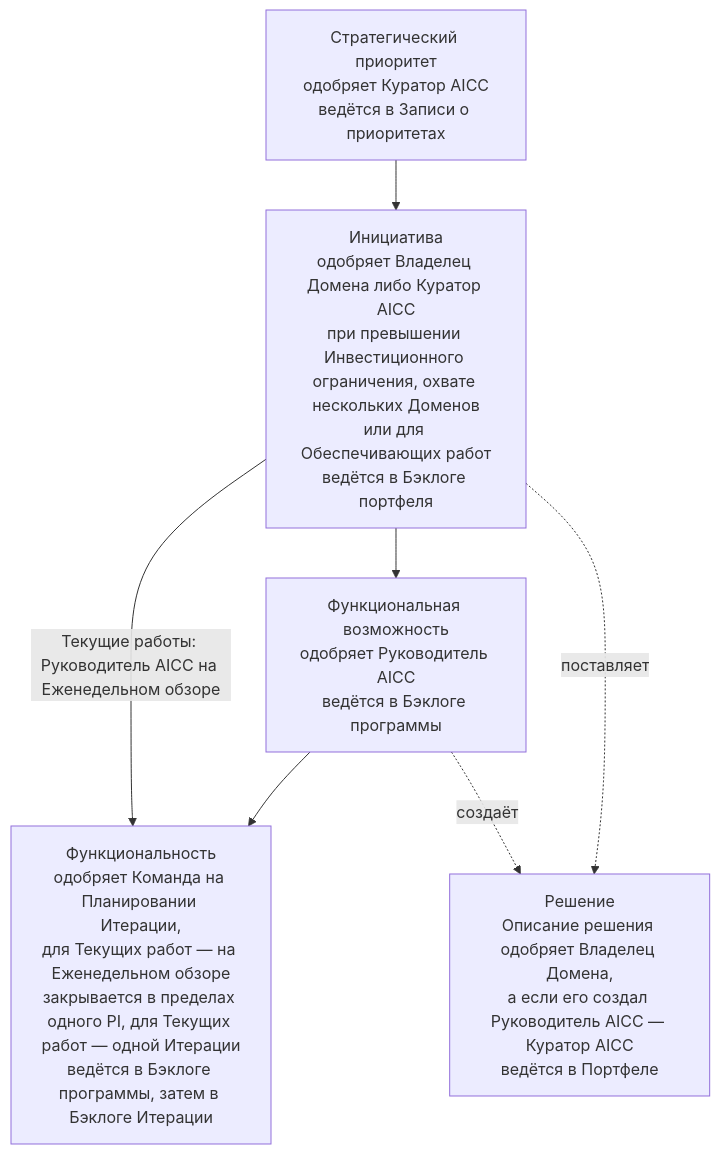
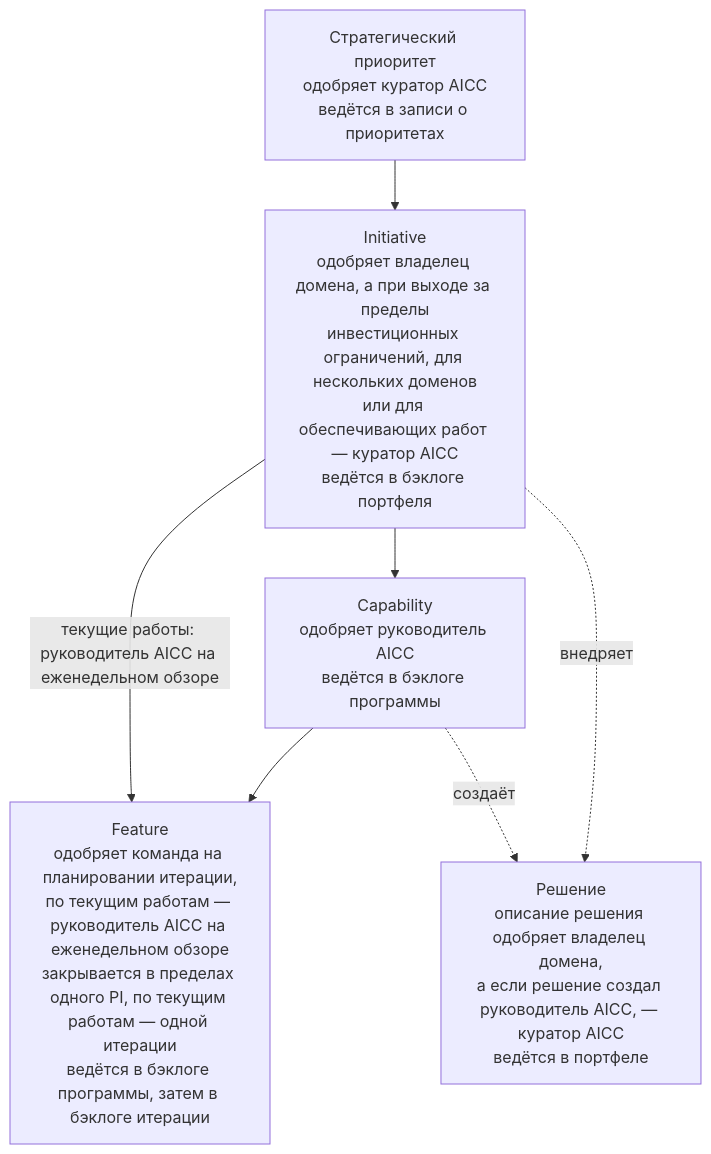
Before and after one commit to devhogu/ob-aicc: the first of 5 diagrams in charter/ru/guides/service-delivery-guide.md, drawn with Mermaid. The commit also changed other lines of this file and 6 other files, not shown here.

````diff
--- a/charter/ru/guides/service-delivery-guide.md
+++ b/charter/ru/guides/service-delivery-guide.md
@@ -17,14 +17,14 @@
 ```mermaid
 flowchart TB
-  SP["Стратегический приоритет<br/>одобряет Куратор AICC<br/>ведётся в Записи о приоритетах"]
-  INI["Инициатива<br/>одобряет Владелец Домена либо Куратор AICC<br/>при превышении Инвестиционного ограничения, охвате нескольких Доменов<br/>или для Обеспечивающих работ<br/>ведётся в Бэклоге портфеля"]
-  CAP["Функциональная возможность<br/>одобряет Руководитель AICC<br/>ведётся в Бэклоге программы"]
-  FT["Функциональность<br/>одобряет Команда на Планировании Итерации,<br/>для Текущих работ — на Еженедельном обзоре<br/>закрывается в пределах одного PI, для Текущих работ — одной Итерации<br/>ведётся в Бэклоге программы, затем в Бэклоге Итерации"]
-  SOL["Решение<br/>Описание решения одобряет Владелец Домена,<br/>а если его создал Руководитель AICC — Куратор AICC<br/>ведётся в Портфеле"]
+  SP["Стратегический приоритет<br/>одобряет куратор AICC<br/>ведётся в записи о приоритетах"]
+  INI["Initiative<br/>одобряет владелец домена, а при выходе за пределы<br/>инвестиционных ограничений, для нескольких доменов<br/>или для обеспечивающих работ — куратор AICC<br/>ведётся в бэклоге портфеля"]
+  CAP["Capability<br/>одобряет руководитель AICC<br/>ведётся в бэклоге программы"]
+  FT["Feature<br/>одобряет команда на планировании итерации,<br/>по текущим работам — руководитель AICC на еженедельном обзоре<br/>закрывается в пределах одного PI, по текущим работам — одной итерации<br/>ведётся в бэклоге программы, затем в бэклоге итерации"]
+  SOL["Решение<br/>описание решения одобряет владелец домена,<br/>а если решение создал руководитель AICC, — куратор AICC<br/>ведётся в портфеле"]
   SP --> INI
   INI --> CAP
   CAP --> FT
-  INI -->|Текущие работы: Руководитель AICC на Еженедельном обзоре| FT
-  INI -.->|"поставляет"| SOL
+  INI -->|текущие работы: руководитель AICC на еженедельном обзоре| FT
+  INI -.->|"внедряет"| SOL
   CAP -.->|"создаёт"| SOL
 ```
````
